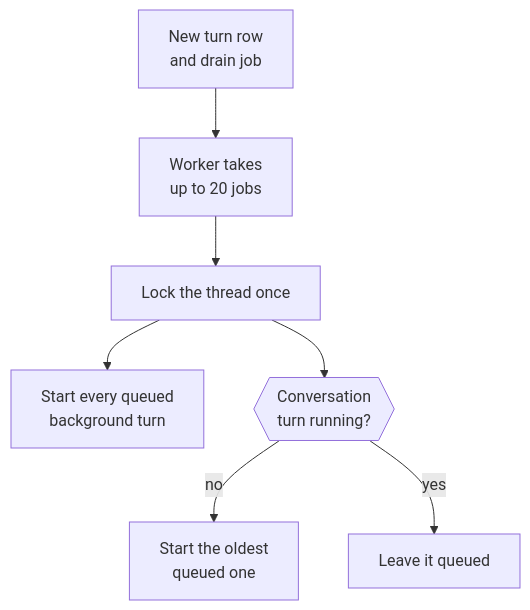
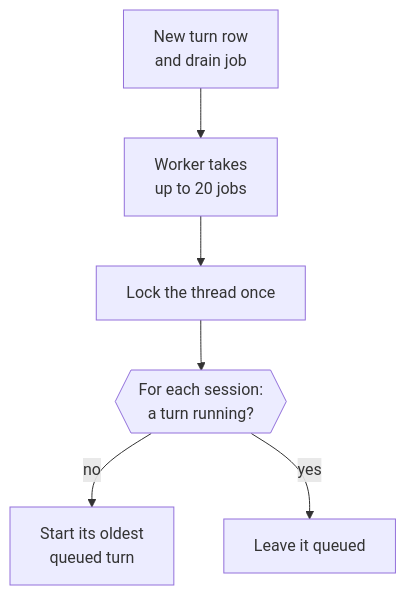
One commit to KrishBhimani/nod changed the first of 3 diagrams in docs/src/content/docs/how-it-works/threads-and-turns.md. Above: the diagram before and after it, drawn with Mermaid. The commit also changed other lines of this file and 37 other files, not shown here.

First line of the commit message:
feat(runtime): run every session in parallel with its own browser, plus a thin delegate tool (#253)

````diff
--- a/docs/src/content/docs/how-it-works/threads-and-turns.md
+++ b/docs/src/content/docs/how-it-works/threads-and-turns.md
@@ -37,9 +33,8 @@
 ```mermaid
 flowchart TD
   new[New turn row<br/>and drain job] --> worker[Worker takes<br/>up to 20 jobs]
   worker --> lock[Lock the thread once]
-  lock --> bg[Start every queued<br/>background turn]:::go
-  lock --> conv{{Conversation<br/>turn running?}}
-  conv -- no --> next[Start the oldest<br/>queued one]:::go
-  conv -- yes --> wait[Leave it queued]:::muted
+  lock --> each{{For each session:<br/>a turn running?}}
+  each -- no --> next[Start its oldest<br/>queued turn]:::go
+  each -- yes --> wait[Leave it queued]:::muted
 ```
````
